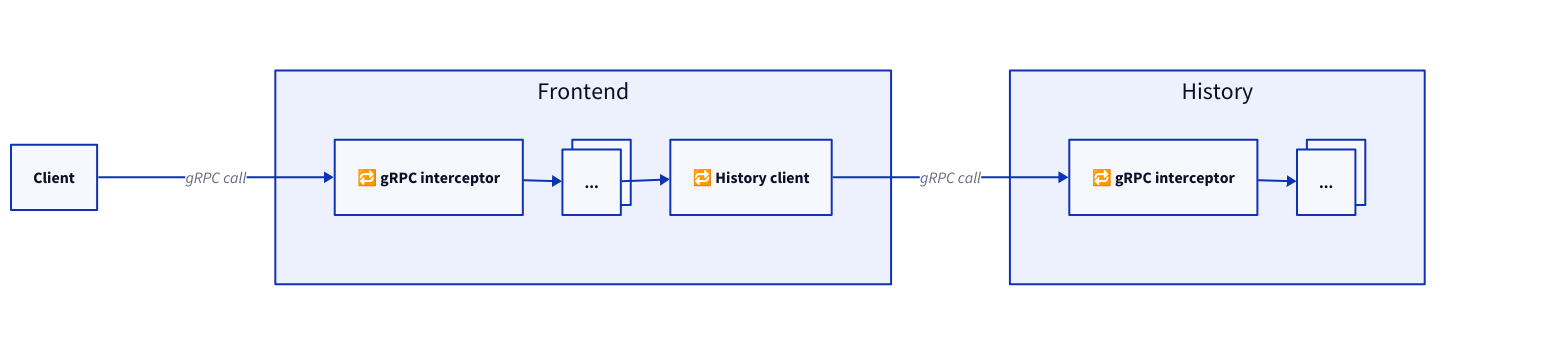
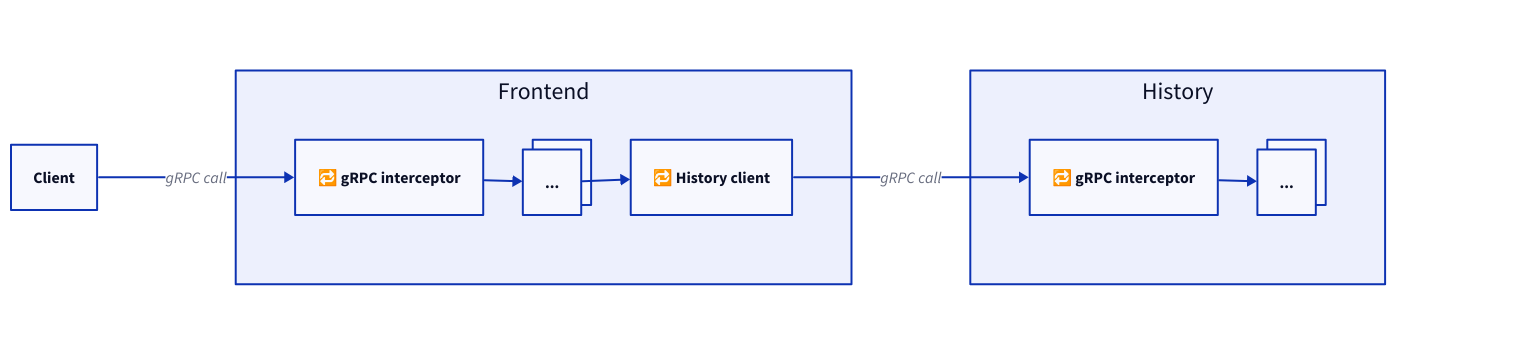
The diagram in docs/_assets/retries.d2 (hanzoai/tasks), drawn with D2 before and after one commit. The commit also changed 4 other files, not shown here.

First line of the commit message:
Define layout engine in d2 file (#9697)

```diff
--- a/docs/_assets/retries.d2
+++ b/docs/_assets/retries.d2
@@ -1,51 +1,57 @@
 # https://d2lang.com
 # Generate SVG by running `make` inside of `docs/`.
+
+vars: {
+  d2-config: {
+    layout-engine: elk
+  }
+}
 
 classes: {
     invisible: {
         style.opacity: 0
         label: a
     }
     textonly: {
         label: ""
         style.stroke: transparent
         style.fill: transparent
     }
 }
 
 Client
 
 Server: {
     label: ""
     grid-columns: 3
     horizontal-gap: 120
     class: textonly
 
     Frontend: {
         grid-columns: 3
         vertical-gap: 70
 
         Interceptor: { label: "🔁 gRPC interceptor" }
         Handlers: {
             label: "..."
             style.multiple: true
         }
         Client: { label: "🔁 History client" }
     }
     History: {
         grid-columns: 2
         vertical-gap: 70
 
         Interceptor: { label: "🔁 gRPC interceptor" }
         Handlers: {
             label: "..."
             style.multiple: true
         }
     }
 }
 
 Client -> Server.Frontend.Interceptor: gRPC call
 Server.Frontend.Interceptor -> Server.Frontend.Handlers
 Server.Frontend.Handlers -> Server.Frontend.Client
 Server.Frontend.Client -> Server.History.Interceptor: gRPC call
 Server.History.Interceptor -> Server.History.Handlers
```
